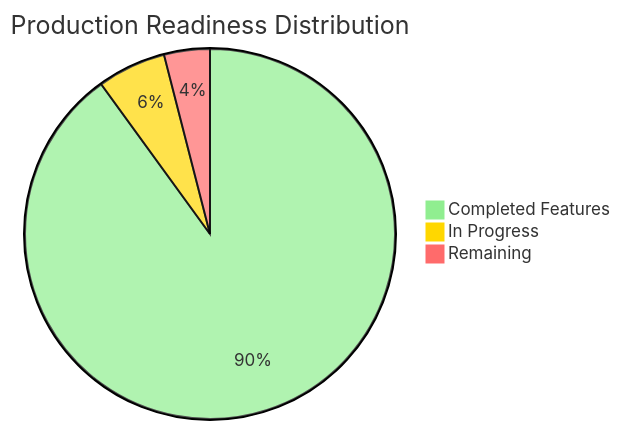
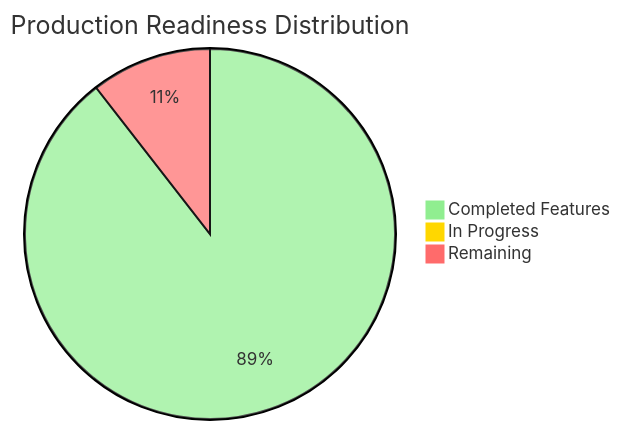
The first of 2 diagrams in TODO.md (sbaerlocher/savvy), drawn with Mermaid before and after one commit. The commit also changed other lines of this file and 60 other files, not shown here.

````diff
--- a/TODO.md
+++ b/TODO.md
@@ -13,7 +13,7 @@
 ```mermaid
 %%{init: {'theme':'base', 'themeVariables': { 'pie1':'#90EE90', 'pie2':'#FFD700', 'pie3':'#FF6B6B'}}}%%
 pie title Production Readiness Distribution
-    "Completed Features" : 90
-    "In Progress" : 6
-    "Remaining" : 4
+    "Completed Features" : 102
+    "In Progress" : 0
+    "Remaining" : 12
 ```
````
